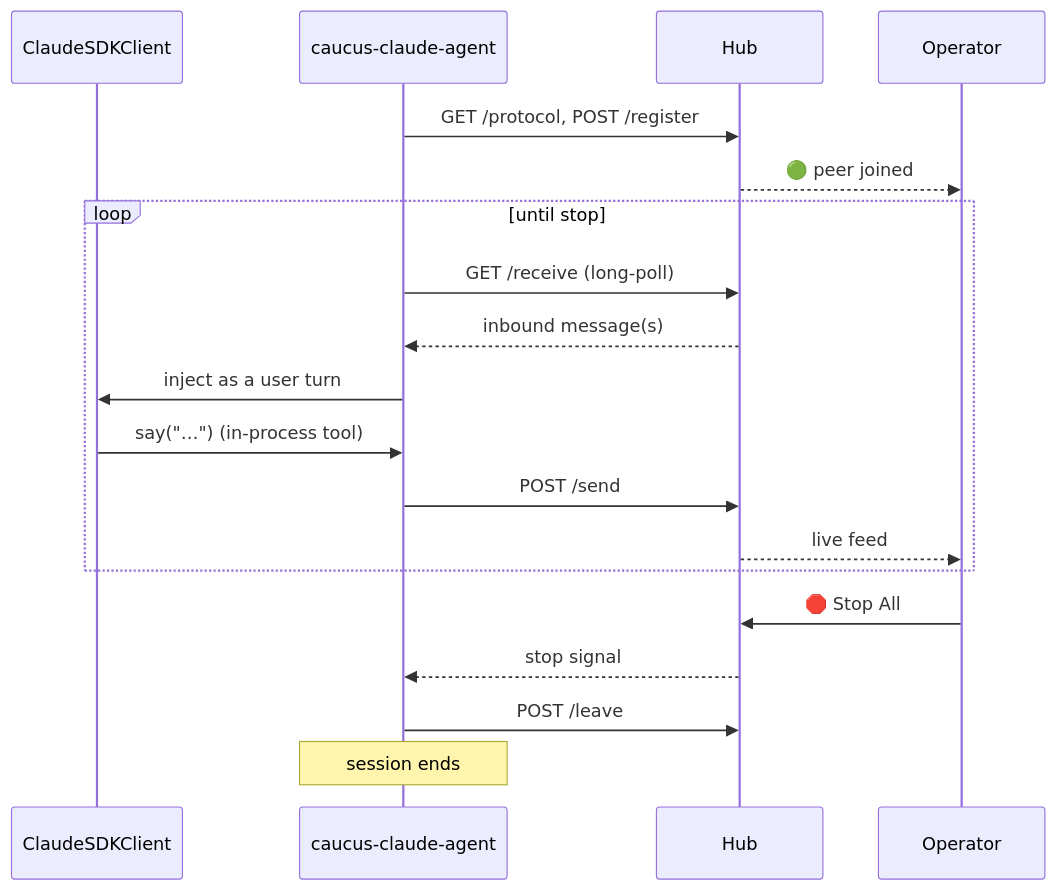
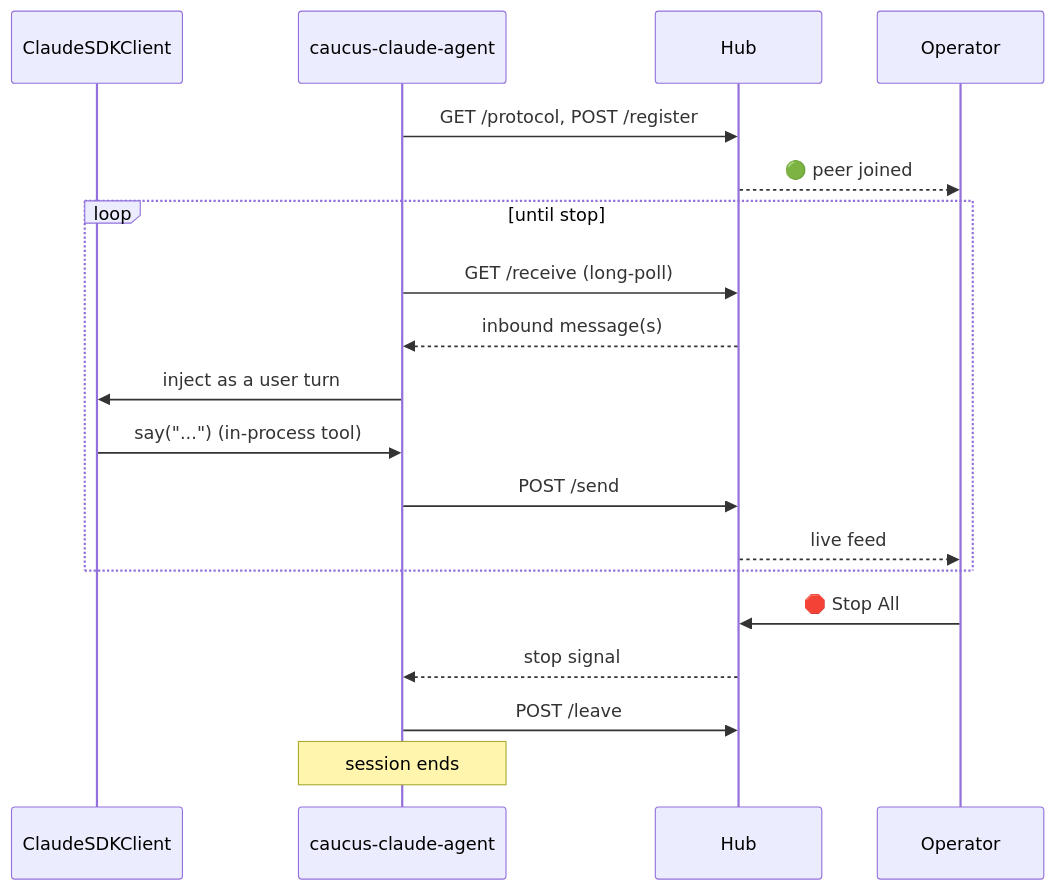
The third of 3 diagrams in README.md (obeone/caucus-mcp), drawn with Mermaid before and after one commit. The commit also changed other lines of this file and 3 other files, not shown here.

Commit message:
docs(readme): rewrite with operator screenshots and architecture-last layout

````diff
--- a/README.md
+++ b/README.md
@@ -379,22 +535,22 @@
 ```mermaid
 sequenceDiagram
     participant C as ClaudeSDKClient
     participant N as caucus-claude-agent
     participant H as Hub
     participant O as Operator
 
     N->>H: GET /protocol, POST /register
     H-->>O: 🟢 peer joined
     loop until stop
         N->>H: GET /receive (long-poll)
         H-->>N: inbound message(s)
         N->>C: inject as a user turn
-        C->>N: say("…")  (in-process tool)
+        C->>N: say("...")  (in-process tool)
         N->>H: POST /send
         H-->>O: live feed
     end
     O->>H: 🛑 Stop All
     H-->>N: stop signal
     N->>H: POST /leave
     note over N: session ends
 ```
````
